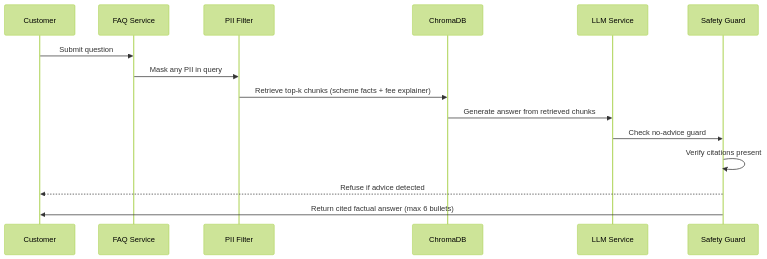
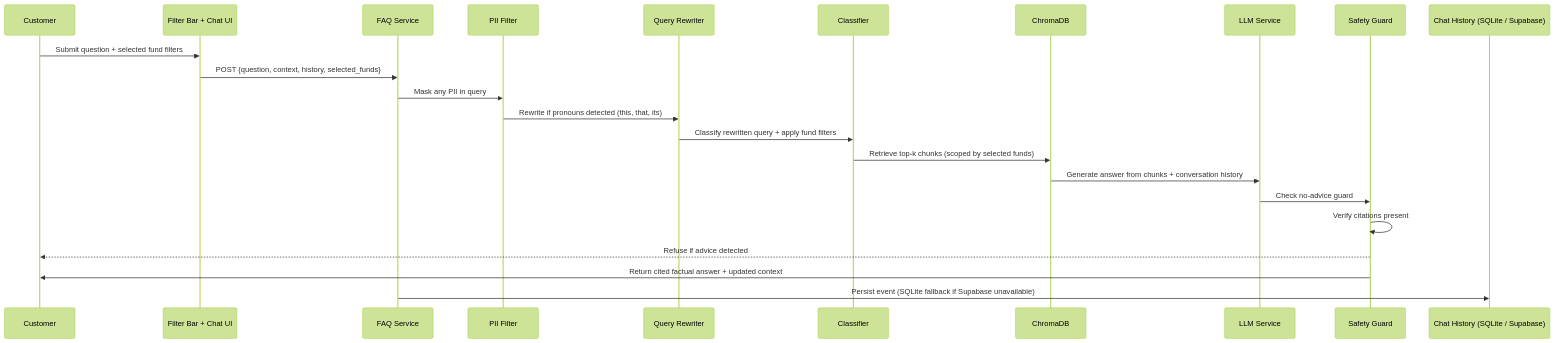
One commit to deepanjandhwani/IndMoney-Ops-Intelligence-Suite changed the fourth of 5 diagrams in docs/architecture.md. Above: the diagram before and after it, drawn with Mermaid (forest theme). The commit also changed other lines of this file and 194 other files, not shown here.

````diff
--- a/docs/architecture.md
+++ b/docs/architecture.md
@@ -141,18 +148,26 @@
 ```mermaid
 sequenceDiagram
     participant Cust as Customer
+    participant UI as Filter Bar + Chat UI
     participant API as FAQ Service
     participant PII as PII Filter
+    participant Rewrite as Query Rewriter
+    participant Classify as Classifier
     participant Vec as ChromaDB
     participant LLM as LLM Service
     participant Safety as Safety Guard
+    participant History as Chat History (SQLite / Supabase)
 
-    Cust->>API: Submit question
+    Cust->>UI: Submit question + selected fund filters
+    UI->>API: POST {question, context, history, selected_funds}
     API->>PII: Mask any PII in query
-    PII->>Vec: Retrieve top-k chunks (scheme facts + fee explainer)
-    Vec->>LLM: Generate answer from retrieved chunks
+    PII->>Rewrite: Rewrite if pronouns detected (this, that, its)
+    Rewrite->>Classify: Classify rewritten query + apply fund filters
+    Classify->>Vec: Retrieve top-k chunks (scoped by selected funds)
+    Vec->>LLM: Generate answer from chunks + conversation history
     LLM->>Safety: Check no-advice guard
     Safety->>Safety: Verify citations present
     Safety-->>Cust: Refuse if advice detected
-    Safety->>Cust: Return cited factual answer (max 6 bullets)
+    Safety->>Cust: Return cited factual answer + updated context
+    API->>History: Persist event (SQLite fallback if Supabase unavailable)
 ```
````
